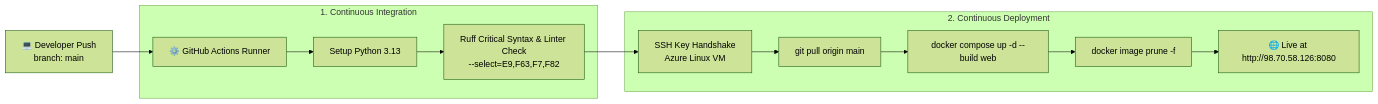
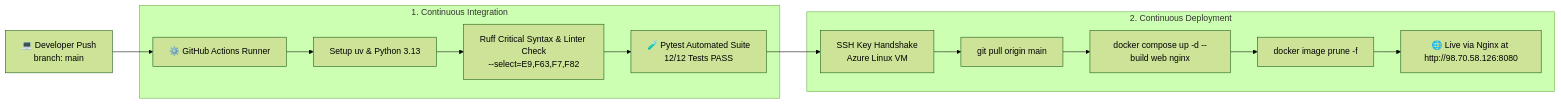
One commit to BaoNguyenz/End-to-end-Medical-Ai-Chatbox changed the diagram in README.md. Above: the diagram before and after it, drawn with Mermaid (forest theme). The commit also changed other lines of this file, not shown here.

Commit message:
docs: update README with Nginx gateway and Pytest automated testing suite

````diff
--- a/README.md
+++ b/README.md
@@ -204,18 +216,19 @@
 ```mermaid
 flowchart LR
     Dev[💻 Developer Push\nbranch: main] --> GHA[⚙️ GitHub Actions Runner]
     
     subgraph CI [1. Continuous Integration]
-        GHA --> Setup[Setup Python 3.13]
+        GHA --> Setup[Setup uv & Python 3.13]
         Setup --> Lint[Ruff Critical Syntax & Linter Check\n--select=E9,F63,F7,F82]
+        Lint --> Test[🧪 Pytest Automated Suite\n12/12 Tests PASS]
     end
     
     subgraph CD [2. Continuous Deployment]
-        Lint --> SSH[SSH Key Handshake\nAzure Linux VM]
+        Test --> SSH[SSH Key Handshake\nAzure Linux VM]
         SSH --> Pull[git pull origin main]
-        Pull --> Build[docker compose up -d --build web]
+        Pull --> Build[docker compose up -d --build web nginx]
         Clean[docker image prune -f]
         Build --> Clean
-        Clean --> Live[🌐 Live at http://98.70.58.126:8080]
+        Clean --> Live[🌐 Live via Nginx at http://98.70.58.126:8080]
     end
 ```
````
